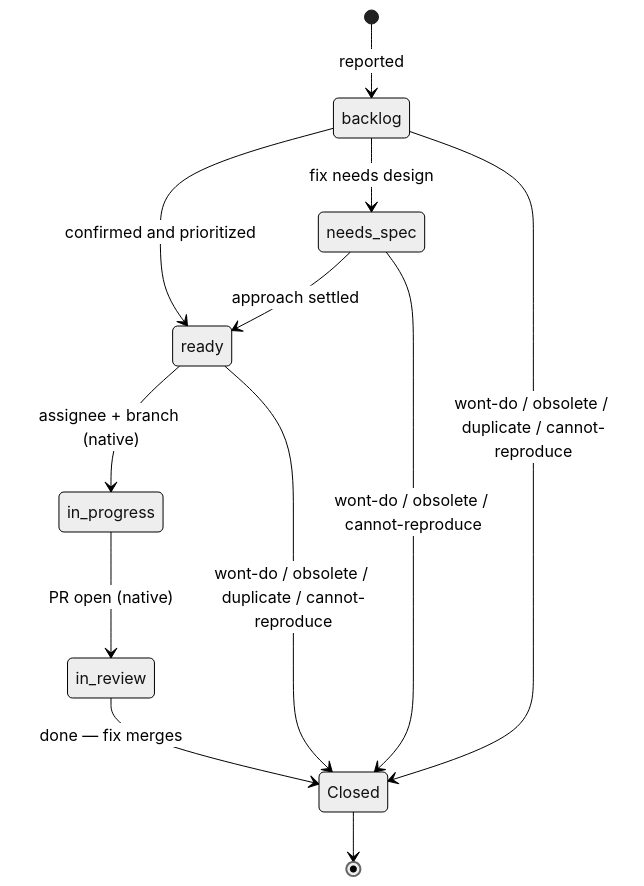
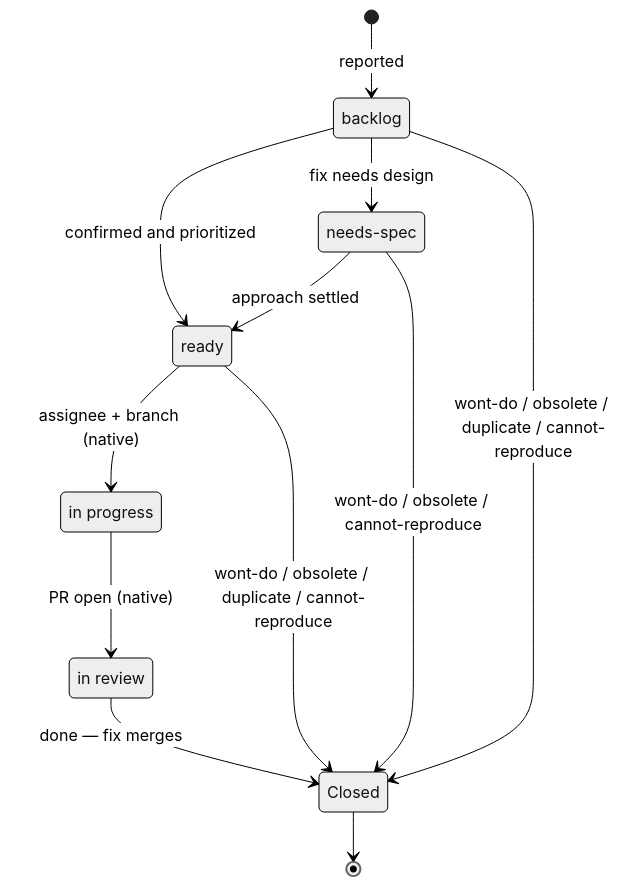
The fourth of 4 diagrams in docs/issues.md (Poligun/efficiency), drawn with Mermaid (neutral theme) before and after one commit. The commit also changed other lines of this file and 7 other files, not shown here.

First line of the commit message:
[#38] tech-writing: date, figure, actor and homograph rules (#40)

````diff
--- a/docs/issues.md
+++ b/docs/issues.md
@@ -192,14 +207,17 @@
 ```mermaid
 stateDiagram-v2
+    state "needs-spec" as needs_spec
+    state "in progress" as in_progress
+    state "in review" as in_review
     [*] --> backlog : reported
     backlog --> ready : confirmed and prioritized
     backlog --> needs_spec : fix needs design
     needs_spec --> ready : approach settled
     ready --> in_progress : assignee + branch (native)
     in_progress --> in_review : PR open (native)
     in_review --> Closed : done — fix merges
     backlog --> Closed : wont-do / obsolete / duplicate / cannot-reproduce
     ready --> Closed : wont-do / obsolete / duplicate / cannot-reproduce
     needs_spec --> Closed : wont-do / obsolete / cannot-reproduce
     Closed --> [*]
 ```
````
